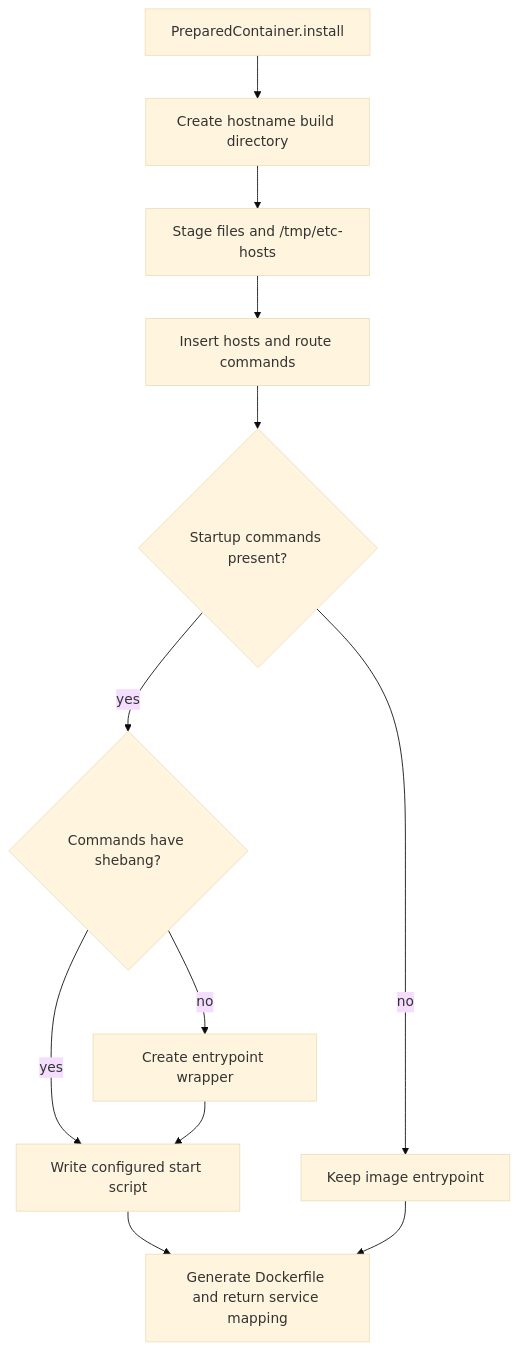
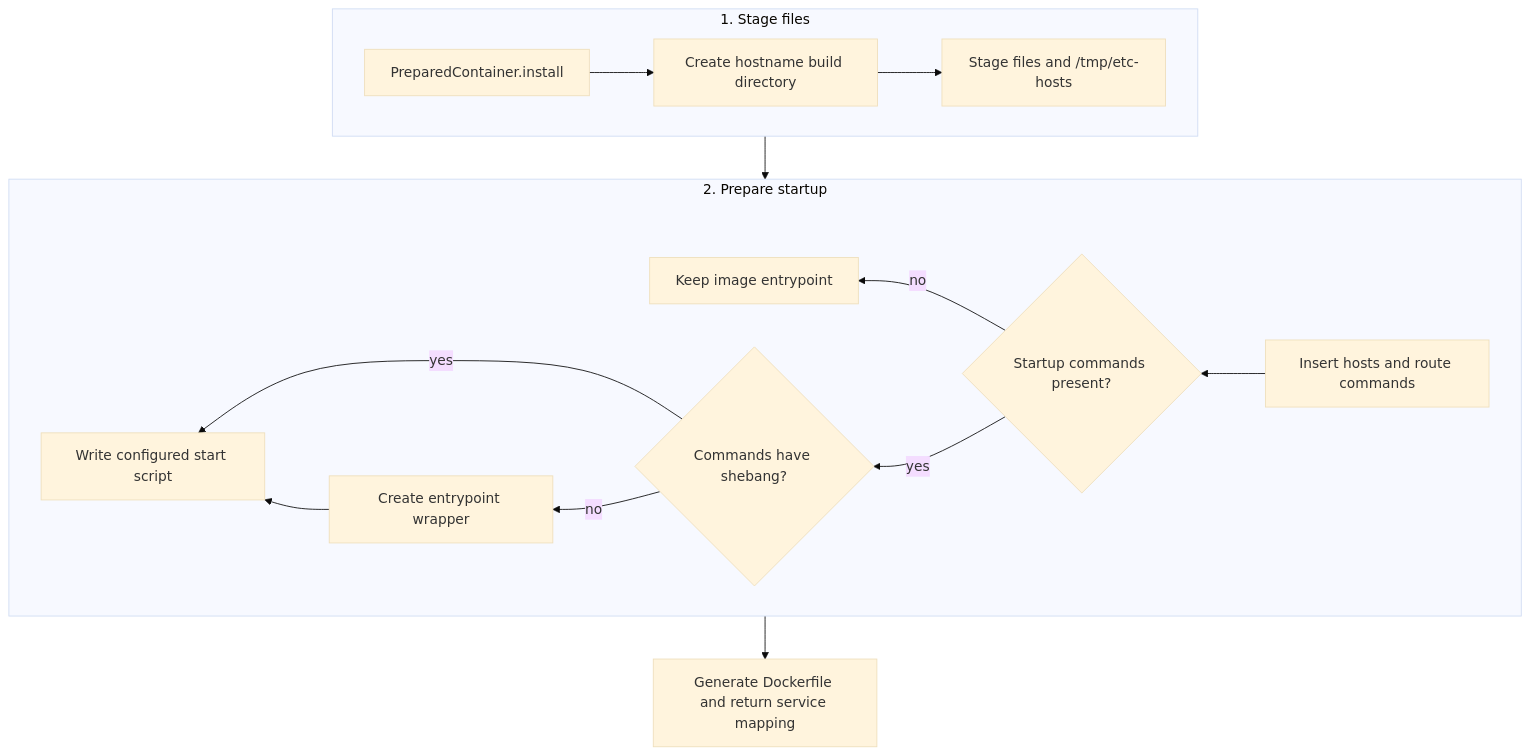
One commit to seed-labs/seed-emulator changed the fourth of 4 diagrams in docs/designs/container_bundle.md. Above: the diagram before and after it, drawn with Mermaid (base theme). The commit also changed other lines of this file and 12 other files, not shown here.

````diff
--- a/docs/designs/container_bundle.md
+++ b/docs/designs/container_bundle.md
@@ -235,14 +270,18 @@
 ```mermaid
 flowchart TD
-    A[PreparedContainer.install] --> B[Create hostname build directory]
-    B --> C[Stage files and /tmp/etc-hosts]
-    C --> D[Insert hosts and route commands]
-    D --> E{Startup commands present?}
-    E -- no --> F[Keep image entrypoint]
-    E -- yes --> G{Commands have shebang?}
-    G -- yes --> H[Write configured start script]
-    G -- no --> I[Create entrypoint wrapper]
-    I --> H
-    H --> J[Generate Dockerfile and return service mapping]
-    F --> J
+    subgraph row1["1. Stage files"]
+        direction LR
+        A[PreparedContainer.install] --> B[Create hostname build directory] --> C[Stage files and /tmp/etc-hosts]
+    end
+    subgraph row2["2. Prepare startup"]
+        direction RL
+        D[Insert hosts and route commands] --> E{Startup commands present?}
+        E -- no --> F[Keep image entrypoint]
+        E -- yes --> G{Commands have shebang?}
+        G -- yes --> H[Write configured start script]
+        G -- no --> I[Create entrypoint wrapper]
+        I --> H
+    end
+    row1 --> row2
+    row2 --> J[Generate Dockerfile and return service mapping]
 ```
````
